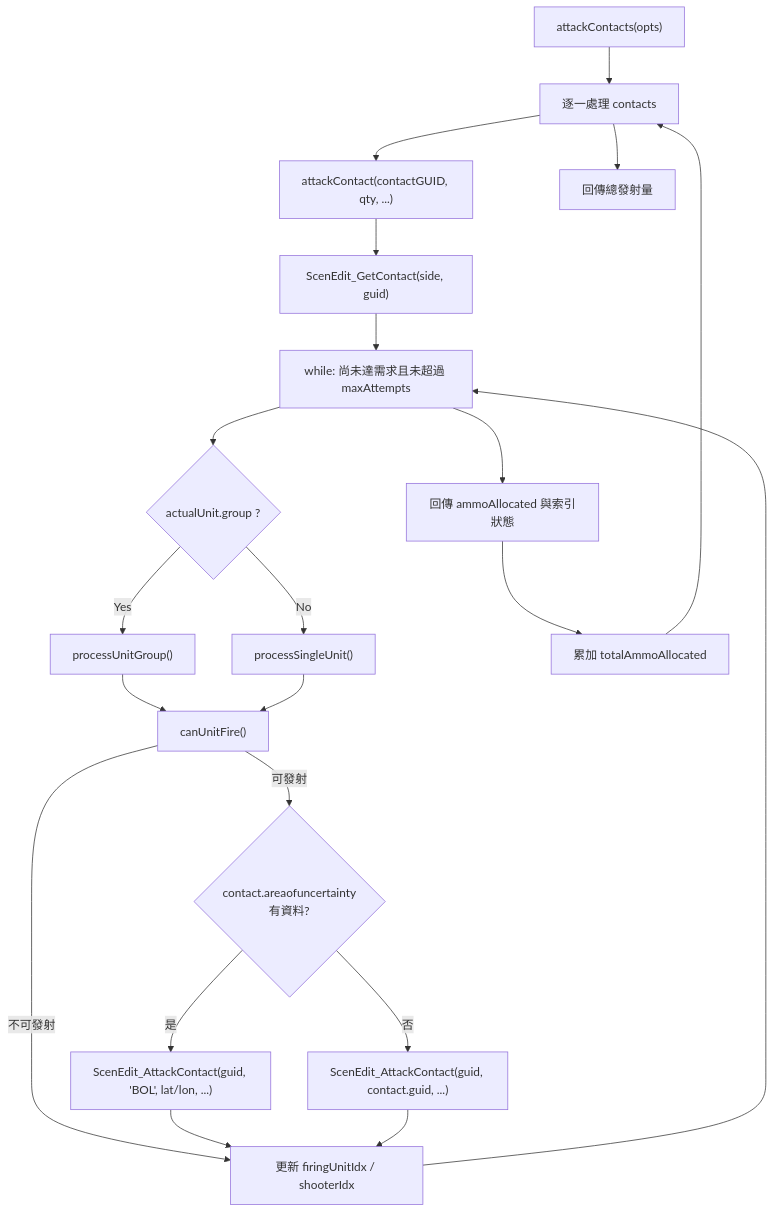
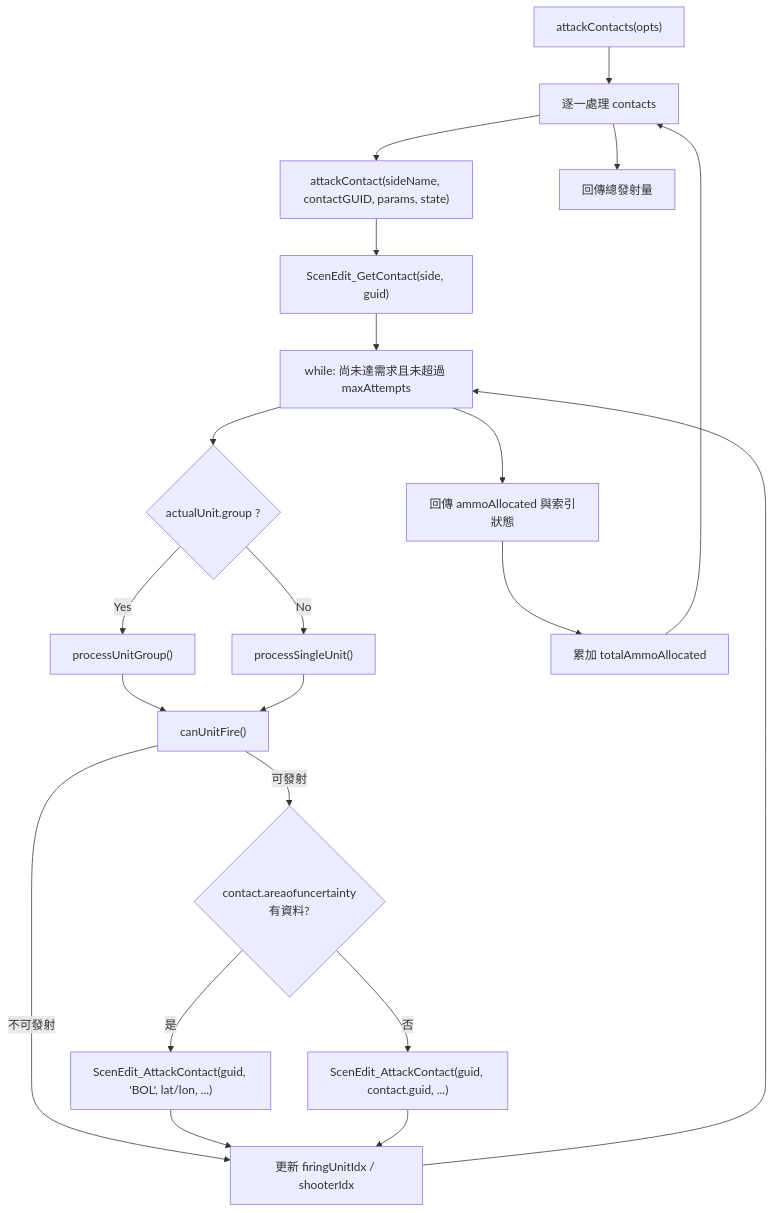
Before and after one commit to pullupjumper/formosa-in-flames: the diagram in docs/attackManager.md, drawn with Mermaid. The commit also changed 4 other files, not shown here.

Commit message:
refactor: pack attackContact and receiver arrival params, default contact description

````diff
--- a/docs/attackManager.md
+++ b/docs/attackManager.md
@@ -62,40 +62,40 @@
 ```mermaid
 flowchart TD
     START["attackContacts(opts)"]
     LOOP_CONTACT["逐一處理 contacts"]
-    ONE["attackContact(contactGUID, qty, ...)"]
+    ONE["attackContact(sideName, contactGUID, params, state)"]
     GETC["ScenEdit_GetContact(side, guid)"]
     LOOP_UNIT["while: 尚未達需求且未超過 maxAttempts"]
     CHECK_GROUP{"actualUnit.group ?"}
     GROUP["processUnitGroup()"]
     SINGLE["processSingleUnit()"]
     CAN["canUnitFire()"]
     UNCERTAIN{"contact.areaofuncertainty<br>有資料?"}
     BOL["ScenEdit_AttackContact(guid, 'BOL', lat/lon, ...)"]
     FIRE["ScenEdit_AttackContact(guid, contact.guid, ...)"]
     NEXT["更新 firingUnitIdx / shooterIdx"]
     DONE["回傳 ammoAllocated 與索引狀態"]
     SUM["累加 totalAmmoAllocated"]
     RET["回傳總發射量"]
 
     START --> LOOP_CONTACT
     LOOP_CONTACT --> ONE
     ONE --> GETC
     GETC --> LOOP_UNIT
     LOOP_UNIT --> CHECK_GROUP
     CHECK_GROUP -->|Yes| GROUP
     CHECK_GROUP -->|No| SINGLE
     GROUP --> CAN
     SINGLE --> CAN
     CAN -->|可發射| UNCERTAIN
     CAN -->|不可發射| NEXT
     UNCERTAIN -->|是| BOL
     UNCERTAIN -->|否| FIRE
     BOL --> NEXT
     FIRE --> NEXT
     NEXT --> LOOP_UNIT
     LOOP_UNIT --> DONE
     DONE --> SUM
     SUM --> LOOP_CONTACT
     LOOP_CONTACT --> RET
 ```
````
